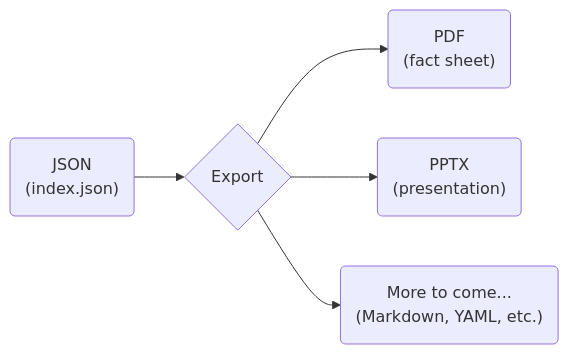
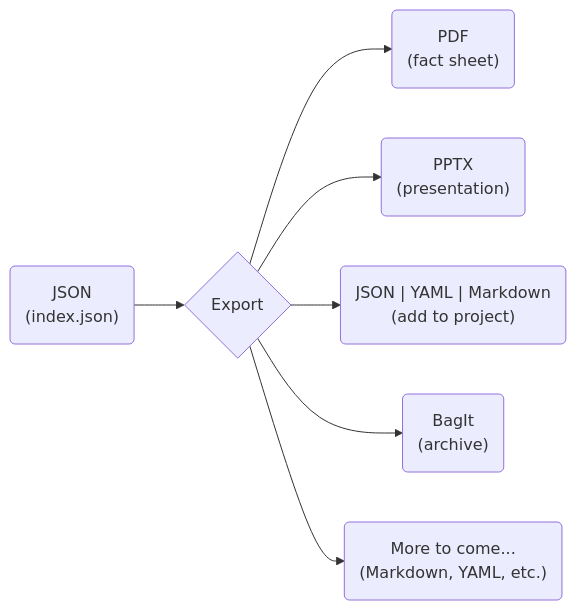
One commit to jhwohlgemuth/acorn changed the diagram in docs/src/cli-reference/commands/export.md. Above: the diagram before and after it, drawn with Mermaid. The commit also changed other lines of this file and 5 other files, not shown here.

Commit message:
feat: Cleanup archive destination handling and improve bag format export (with docs)

````diff
--- a/docs/src/cli-reference/commands/export.md
+++ b/docs/src/cli-reference/commands/export.md
@@ -10,7 +10,9 @@
 ```mermaid
 graph LR
     data("JSON</br>(index.json)") --> export{Export}
     export --> PDF("PDF</br>(fact sheet)")
     export --> PPTX("PPTX</br>(presentation)")
+    export --> Convert("JSON | YAML | Markdown</br>(add to project)")
+    export --> BAG("BagIt</br>(archive)")
     export --> more("More to come...</br>(Markdown, YAML, etc.)")
 ```
````
